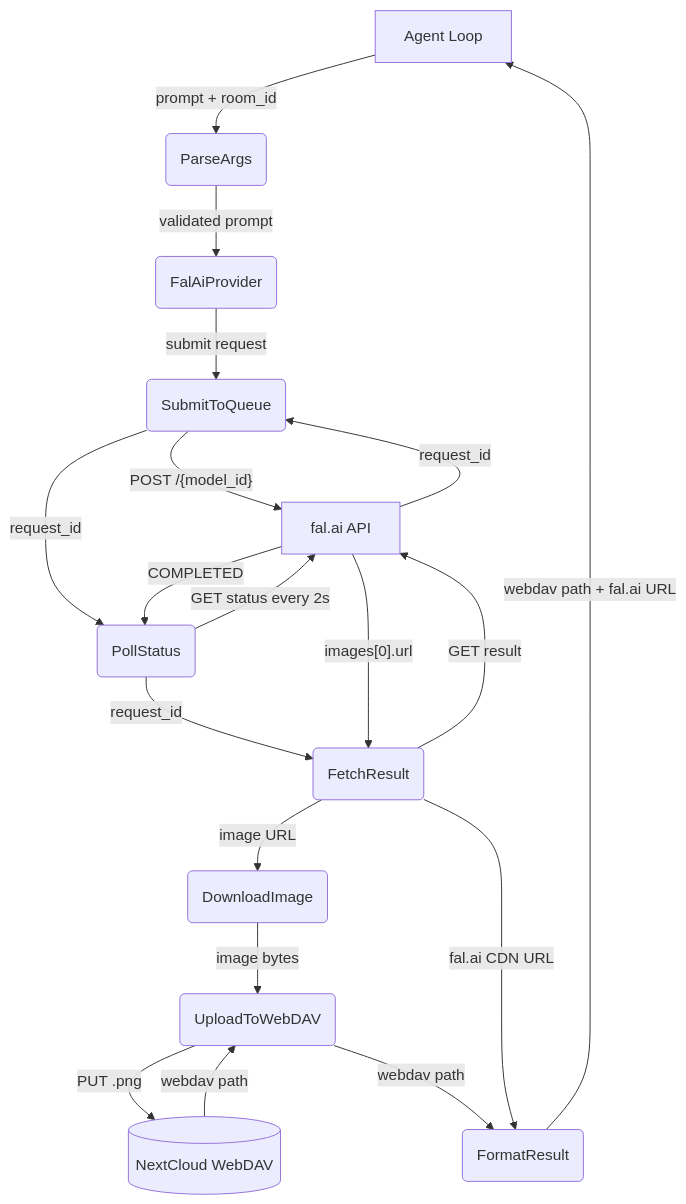
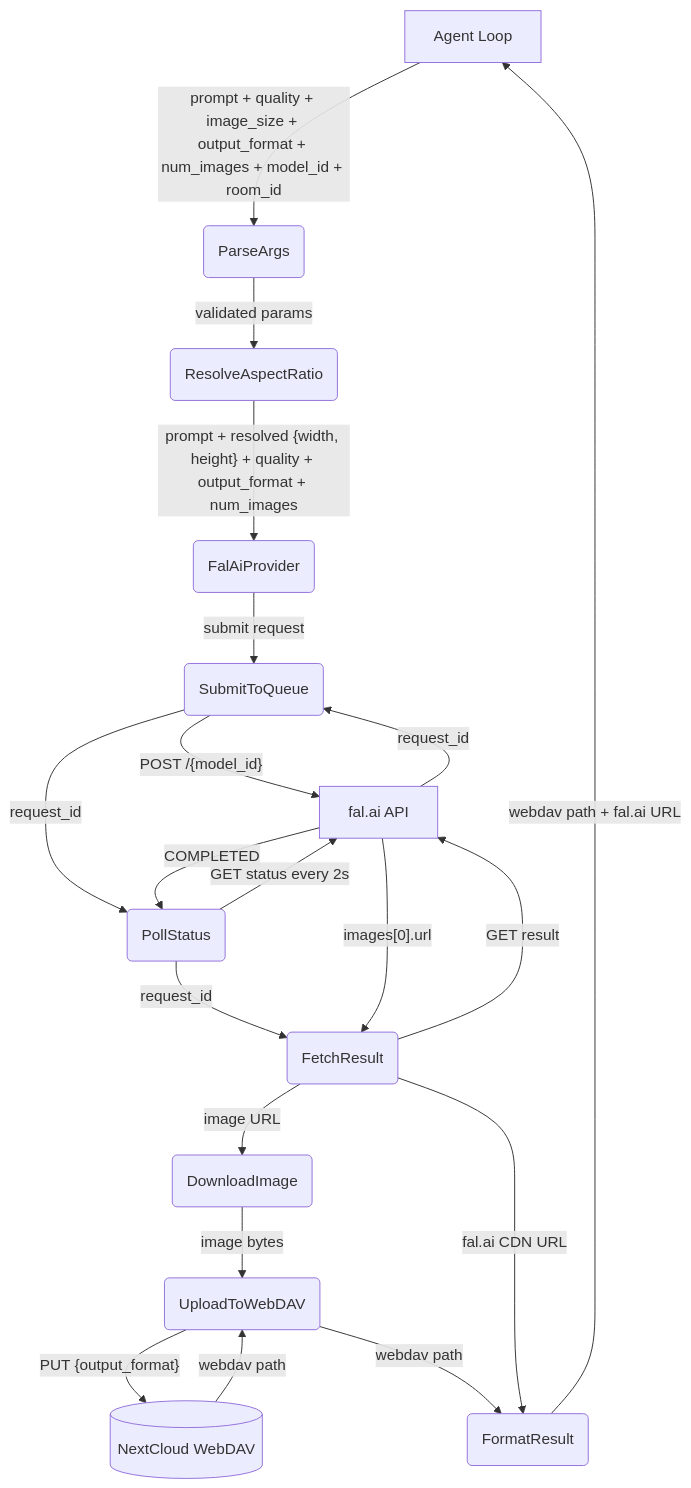
Before and after one commit to cosmoswafer/rockbot: the first of 2 diagrams in _dfds/tools/image-gen.md, drawn with Mermaid. The commit also changed other lines of this file and 9 other files, not shown here.

First line of the commit message:
dfd: add quality, image_size, output_format, num_images to image-gen tool

````diff
--- a/_dfds/tools/image-gen.md
+++ b/_dfds/tools/image-gen.md
@@ -21,33 +26,35 @@
 ```mermaid
 flowchart TD
     AGENT[Agent Loop]
     PARSE(ParseArgs)
+    RESOLVE(ResolveAspectRatio)
     FAL(FalAiProvider)
     SUBMIT(SubmitToQueue)
     POLL(PollStatus)
     FETCH(FetchResult)
     DOWNLOAD(DownloadImage)
     UPLOAD(UploadToWebDAV)
     DAV[(NextCloud WebDAV)]
     FORMAT(FormatResult)
     FAL_API[fal.ai API]
 
-    AGENT -->|"prompt + room_id"| PARSE
-    PARSE -->|"validated prompt"| FAL
+    AGENT -->|"prompt + quality + image_size + output_format + num_images + model_id + room_id"| PARSE
+    PARSE -->|"validated params"| RESOLVE
+    RESOLVE -->|"prompt + resolved {width, height} + quality + output_format + num_images"| FAL
     FAL -->|"submit request"| SUBMIT
     SUBMIT -->|"POST /{model_id}"| FAL_API
     FAL_API -->|"request_id"| SUBMIT
     SUBMIT -->|"request_id"| POLL
     POLL -->|"GET status every 2s"| FAL_API
     FAL_API -->|"COMPLETED"| POLL
     POLL -->|"request_id"| FETCH
     FETCH -->|"GET result"| FAL_API
     FAL_API -->|"images[0].url"| FETCH
     FETCH -->|"image URL"| DOWNLOAD
     DOWNLOAD -->|"image bytes"| UPLOAD
-    UPLOAD -->|"PUT .png"| DAV
+    UPLOAD -->|"PUT {output_format}"| DAV
     DAV -->|"webdav path"| UPLOAD
     UPLOAD -->|"webdav path"| FORMAT
     FETCH -->|"fal.ai CDN URL"| FORMAT
     FORMAT -->|"webdav path + fal.ai URL"| AGENT
 ```
````
